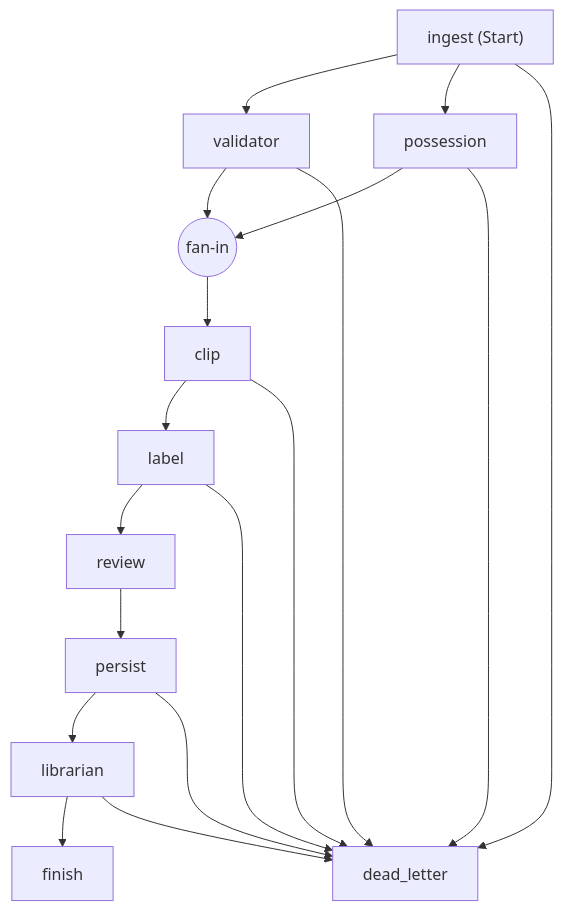
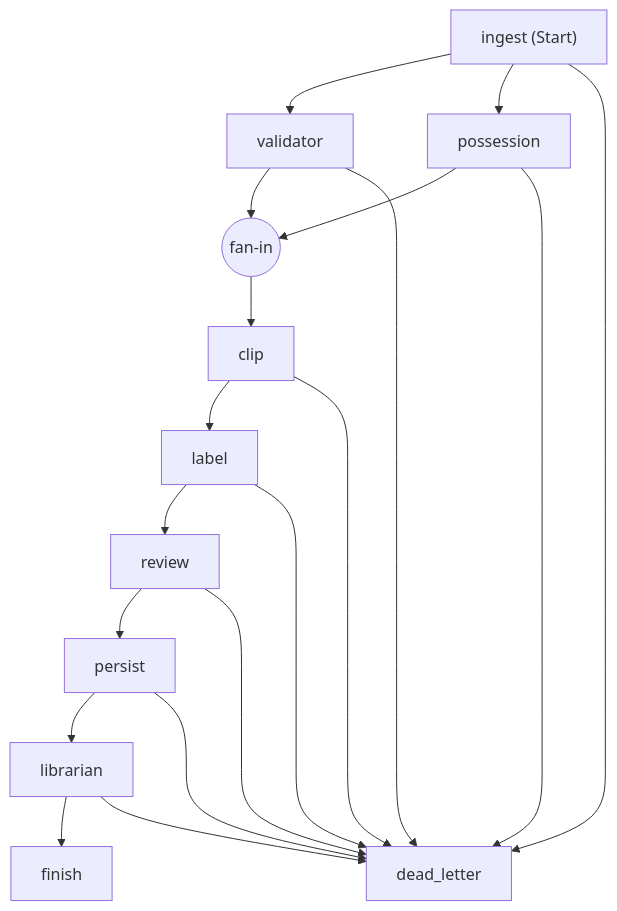
One commit to Qadzilla/Regista changed the first of 2 diagrams in docs/workflow.md. Above: the diagram before and after it, drawn with Mermaid. The commit also changed other lines of this file and 15 other files, not shown here.

````diff
--- a/docs/workflow.md
+++ b/docs/workflow.md
@@ -5,31 +5,32 @@
 ```mermaid
 flowchart TD
   ingest["ingest (Start)"];
   validator["validator"];
   possession["possession"];
   clip["clip"];
   label["label"];
   review["review"];
   persist["persist"];
   librarian["librarian"];
   finish["finish"];
   dead_letter["dead_letter"];
   fan_in__clip__c9c283db((fan-in))
   possession --> fan_in__clip__c9c283db;
   validator --> fan_in__clip__c9c283db;
   fan_in__clip__c9c283db --> clip;
   ingest --> validator;
   ingest --> possession;
   clip --> label;
   label --> review;
   review --> persist;
   persist --> librarian;
   librarian --> finish;
   ingest --> dead_letter;
   validator --> dead_letter;
   possession --> dead_letter;
   clip --> dead_letter;
   label --> dead_letter;
   persist --> dead_letter;
   librarian --> dead_letter;
+  review --> dead_letter;
 ```
````
